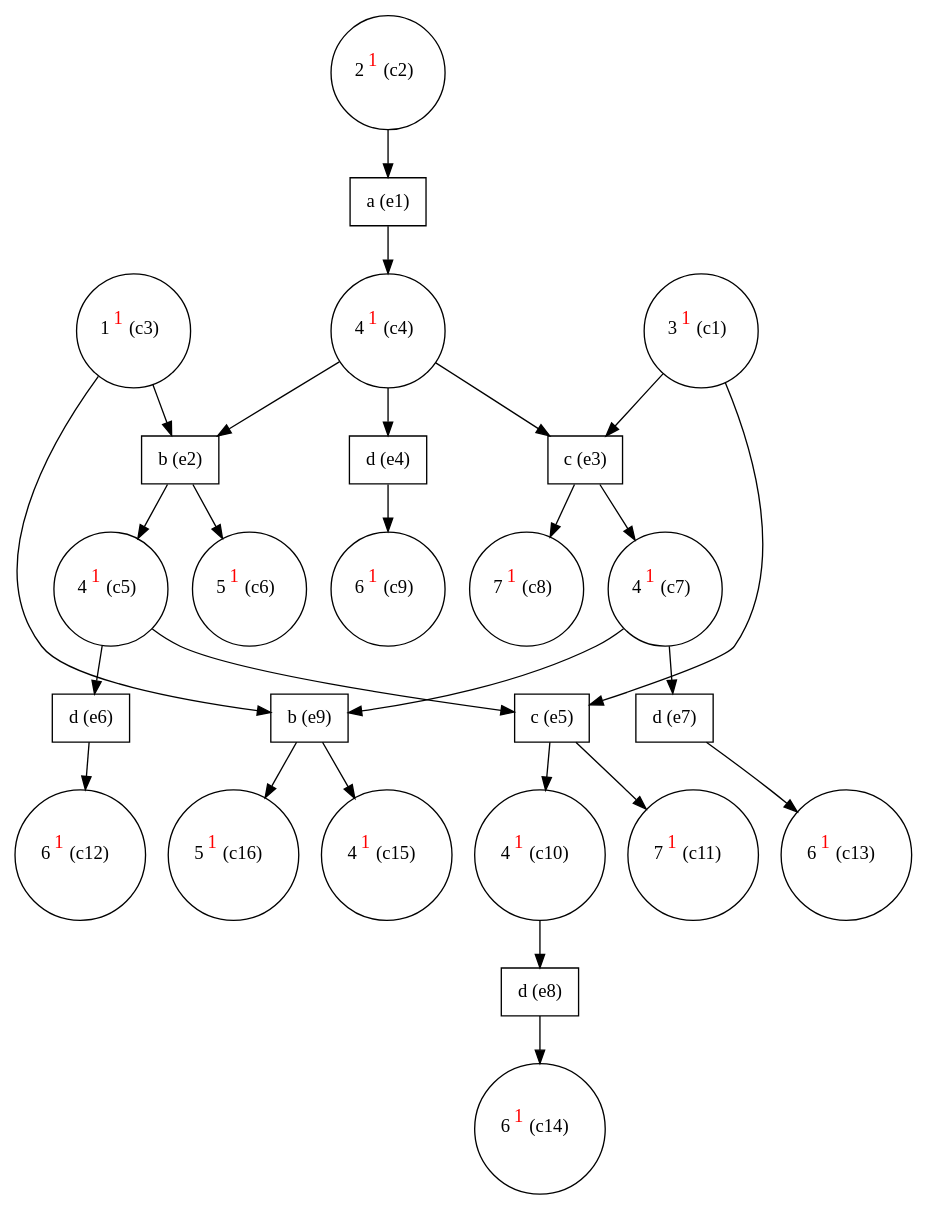
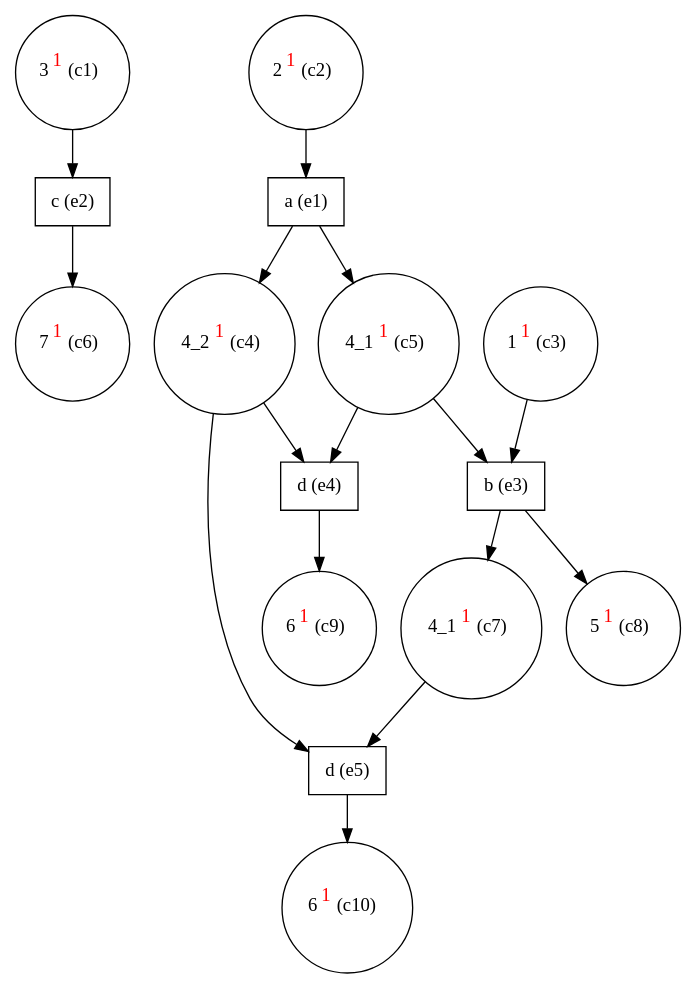
The diagram in tiny_rd_eg.dot (giannkas/ecofolder), drawn with Graphviz before and after one commit. The commit also changed 19 other files, not shown here.

```diff
--- a/tiny_rd_eg.dot
+++ b/tiny_rd_eg.dot
@@ -1,53 +1,32 @@
 digraph test {
-  c1 -> e5;
-  c1 -> e3;
+  c1 -> e2;
   c2 -> e1;
-  c3 -> e9;
-  c3 -> e2;
+  c3 -> e3;
   e1 -> c4;
+  c4 -> e5;
   c4 -> e4;
-  c4 -> e3;
-  c4 -> e2;
-  e2 -> c5;
-  c5 -> e6;
-  c5 -> e5;
+  e1 -> c5;
+  c5 -> e4;
+  c5 -> e3;
   e2 -> c6;
   e3 -> c7;
-  c7 -> e7;
-  c7 -> e9;
+  c7 -> e5;
   e3 -> c8;
   e4 -> c9;
   e5 -> c10;
-  c10 -> e8;
-  e5 -> c11;
-  e6 -> c12;
-  e7 -> c13;
-  e8 -> c14;
-  e9 -> c15;
-  e9 -> c16;
   c1 [label= <3<FONT COLOR="red"><SUP>1</SUP></FONT>&nbsp;(c1)> shape=circle];
   c2 [label= <2<FONT COLOR="red"><SUP>1</SUP></FONT>&nbsp;(c2)> shape=circle];
   c3 [label= <1<FONT COLOR="red"><SUP>1</SUP></FONT>&nbsp;(c3)> shape=circle];
-  c4 [label= <4<FONT COLOR="red"><SUP>1</SUP></FONT>&nbsp;(c4)> shape=circle];
-  c5 [label= <4<FONT COLOR="red"><SUP>1</SUP></FONT>&nbsp;(c5)> shape=circle];
-  c6 [label= <5<FONT COLOR="red"><SUP>1</SUP></FONT>&nbsp;(c6)> shape=circle];
-  c7 [label= <4<FONT COLOR="red"><SUP>1</SUP></FONT>&nbsp;(c7)> shape=circle];
-  c8 [label= <7<FONT COLOR="red"><SUP>1</SUP></FONT>&nbsp;(c8)> shape=circle];
+  c4 [label= <4_2<FONT COLOR="red"><SUP>1</SUP></FONT>&nbsp;(c4)> shape=circle];
+  c5 [label= <4_1<FONT COLOR="red"><SUP>1</SUP></FONT>&nbsp;(c5)> shape=circle];
+  c6 [label= <7<FONT COLOR="red"><SUP>1</SUP></FONT>&nbsp;(c6)> shape=circle];
+  c7 [label= <4_1<FONT COLOR="red"><SUP>1</SUP></FONT>&nbsp;(c7)> shape=circle];
+  c8 [label= <5<FONT COLOR="red"><SUP>1</SUP></FONT>&nbsp;(c8)> shape=circle];
   c9 [label= <6<FONT COLOR="red"><SUP>1</SUP></FONT>&nbsp;(c9)> shape=circle];
-  c10 [label= <4<FONT COLOR="red"><SUP>1</SUP></FONT>&nbsp;(c10)> shape=circle];
-  c11 [label= <7<FONT COLOR="red"><SUP>1</SUP></FONT>&nbsp;(c11)> shape=circle];
-  c12 [label= <6<FONT COLOR="red"><SUP>1</SUP></FONT>&nbsp;(c12)> shape=circle];
-  c13 [label= <6<FONT COLOR="red"><SUP>1</SUP></FONT>&nbsp;(c13)> shape=circle];
-  c14 [label= <6<FONT COLOR="red"><SUP>1</SUP></FONT>&nbsp;(c14)> shape=circle];
-  c15 [label= <4<FONT COLOR="red"><SUP>1</SUP></FONT>&nbsp;(c15)> shape=circle];
-  c16 [label= <5<FONT COLOR="red"><SUP>1</SUP></FONT>&nbsp;(c16)> shape=circle];
+  c10 [label= <6<FONT COLOR="red"><SUP>1</SUP></FONT>&nbsp;(c10)> shape=circle];
   e1 [label="a (e1)" shape=box];
-  e2 [label="b (e2)" shape=box];
-  e3 [label="c (e3)" shape=box];
+  e2 [label="c (e2)" shape=box];
+  e3 [label="b (e3)" shape=box];
   e4 [label="d (e4)" shape=box];
-  e5 [label="c (e5)" shape=box];
-  e6 [label="d (e6)" shape=box];
-  e7 [label="d (e7)" shape=box];
-  e8 [label="d (e8)" shape=box];
-  e9 [label="b (e9)" shape=box];
+  e5 [label="d (e5)" shape=box];
 }
```
